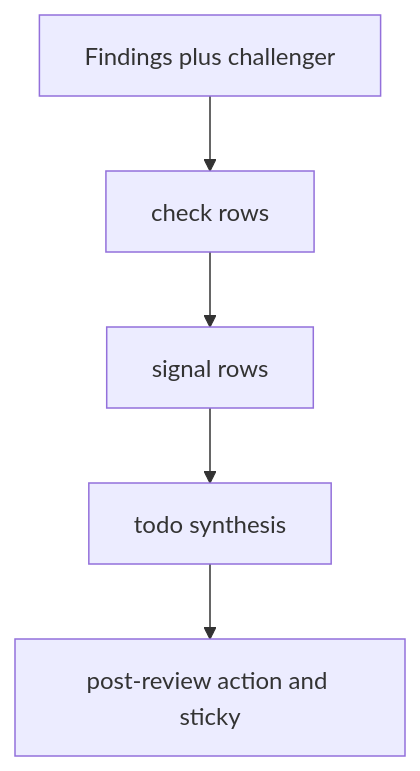
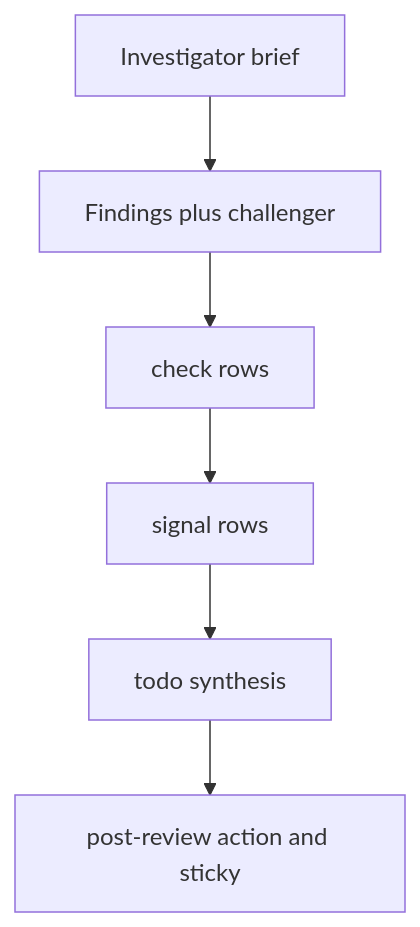
One commit to opendatahub-io/odh-dashboard changed the diagram in .fullsend/skills/pr-review/README.md. Above: the diagram before and after it, drawn with Mermaid. The commit also changed other lines of this file and 8 other files, not shown here.

First line of the commit message:
feat(fullsend): brief reviewers with an investigator before dispatch (#10099)

````diff
--- a/.fullsend/skills/pr-review/README.md
+++ b/.fullsend/skills/pr-review/README.md
@@ -38,9 +41,9 @@
 ```mermaid
 flowchart TD
   findings[Findings plus challenger]
   checks[check rows]
   signals[signal rows]
   todo[todo synthesis]
   host[post-review action and sticky]
-  findings --> checks --> signals --> todo --> host
+  brief[Investigator brief] --> findings --> checks --> signals --> todo --> host
 ```
````
